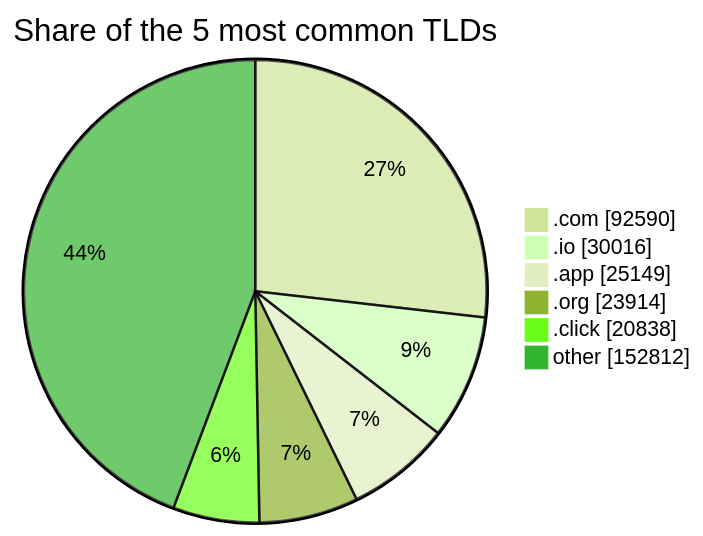
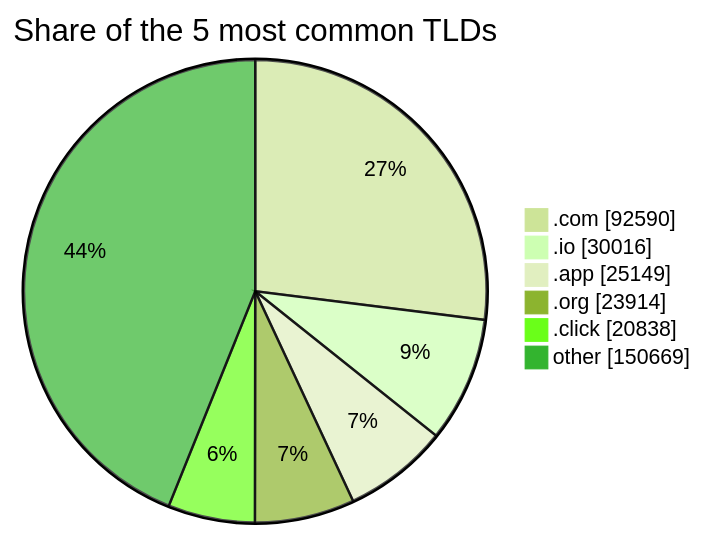
One commit to DNSBunker/CTI changed the third of 3 diagrams in README.md. Above: the diagram before and after it, drawn with Mermaid (forest theme). The commit also changed other lines of this file and 4 other files, not shown here.

````diff
--- a/README.md
+++ b/README.md
@@ -81,9 +81,9 @@
 ```mermaid
 pie showData title Share of the 5 most common TLDs
     ".com" : 92590
     ".io" : 30016
     ".app" : 25149
     ".org" : 23914
     ".click" : 20838
-    "other" : 152812
+    "other" : 150669
 ```
````
